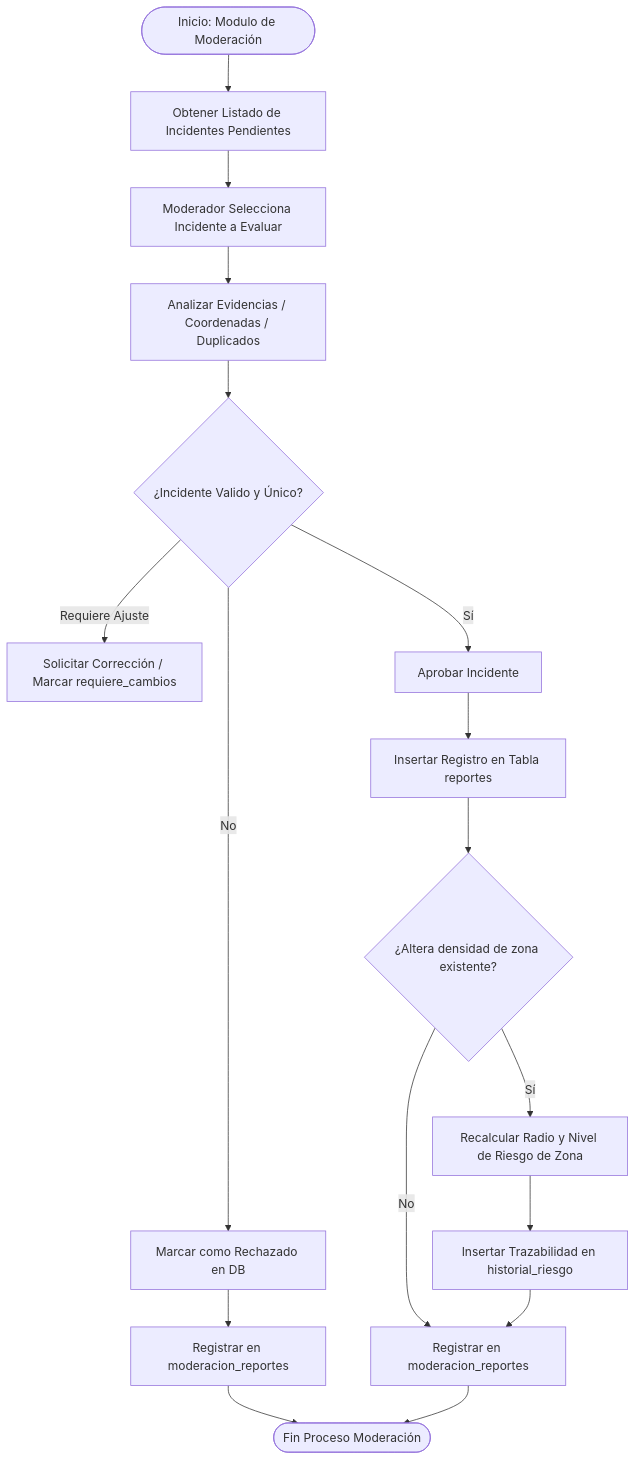
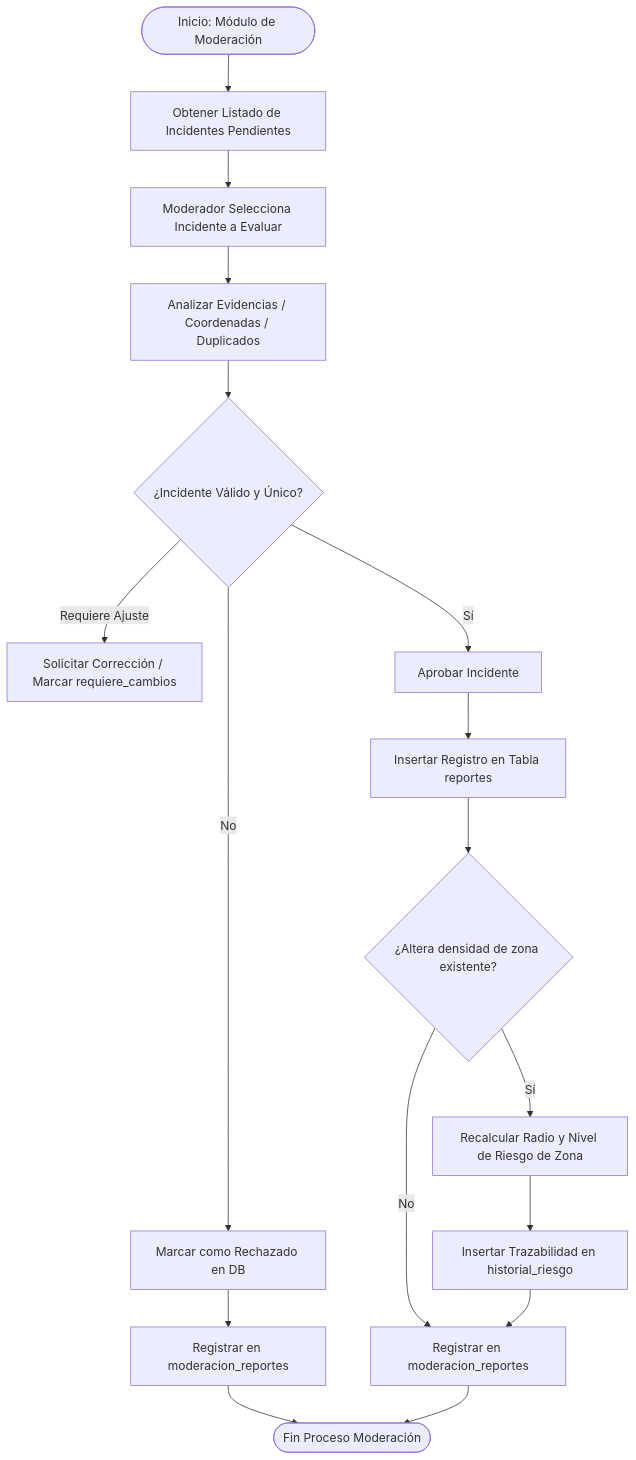
Before and after one commit to PepewowPython/Practica-Final-1-: the fifth of 8 diagrams in BPM_Proyecto_Rutas_Inseguras.md, drawn with Mermaid. The commit also changed other lines of this file and 1 other file, not shown here.

Commit message:
agrego el diagrama

````diff
--- a/BPM_Proyecto_Rutas_Inseguras.md
+++ b/BPM_Proyecto_Rutas_Inseguras.md
@@ -203,25 +311,25 @@
 ```mermaid
 flowchart TD
-    StartMod([Inicio: Modulo de Moderación]) --> FetchPending[Obtener Listado de Incidentes Pendientes]
+    StartMod([Inicio: Módulo de Moderación]) --> FetchPending[Obtener Listado de Incidentes Pendientes]
     FetchPending --> SelectInc[Moderador Selecciona Incidente a Evaluar]
     
     SelectInc --> CheckEv[Analizar Evidencias / Coordenadas / Duplicados]
-    CheckEv --> Decision{¿Incidente Valido y Único?}
+    CheckEv --> Decision{¿Incidente Válido y Único?}
     
     Decision -- No --> Reject[Marcar como Rechazado en DB]
     Reject --> LogReject[Registrar en moderacion_reportes]
     
     Decision -- Requiere Ajuste --> RequestInfo[Solicitar Corrección / Marcar requiere_cambios]
     
     Decision -- Sí --> Approve[Aprobar Incidente]
     Approve --> CreateReport[Insertar Registro en Tabla reportes]
     CreateReport --> UpdateZone{¿Altera densidad de zona existente?}
     
     UpdateZone -- Sí --> RecalcZone[Recalcular Radio y Nivel de Riesgo de Zona]
     RecalcZone --> AuditZone[Insertar Trazabilidad en historial_riesgo]
     UpdateZone -- No --> AuditMod[Registrar en moderacion_reportes]
     AuditZone --> AuditMod
     
     LogReject --> EndMod([Fin Proceso Moderación])
     AuditMod --> EndMod
 ```
````
